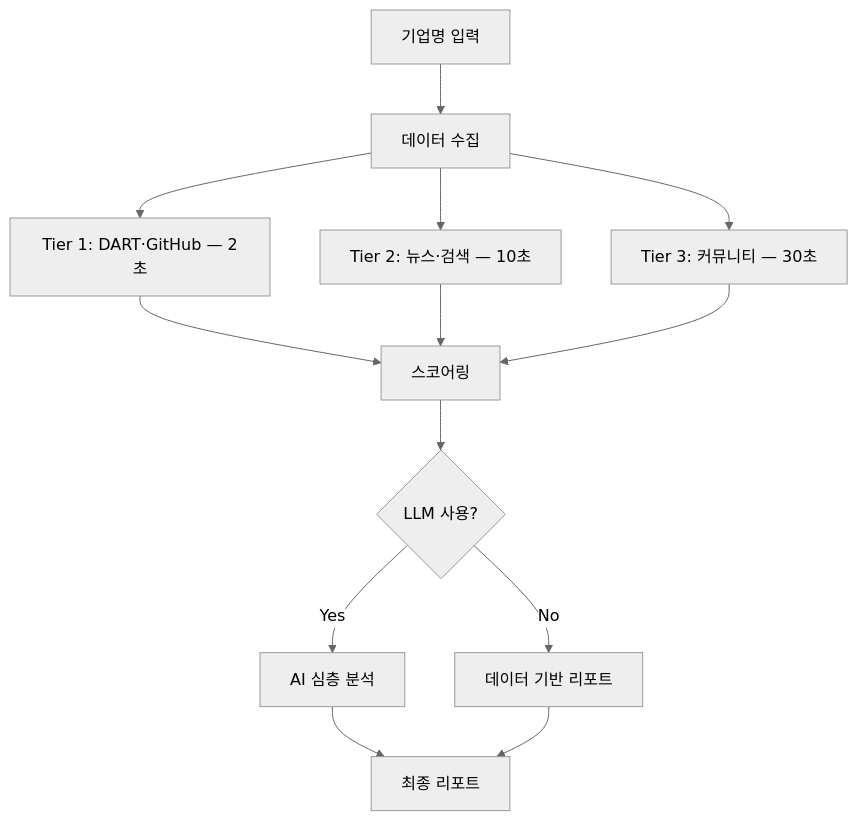
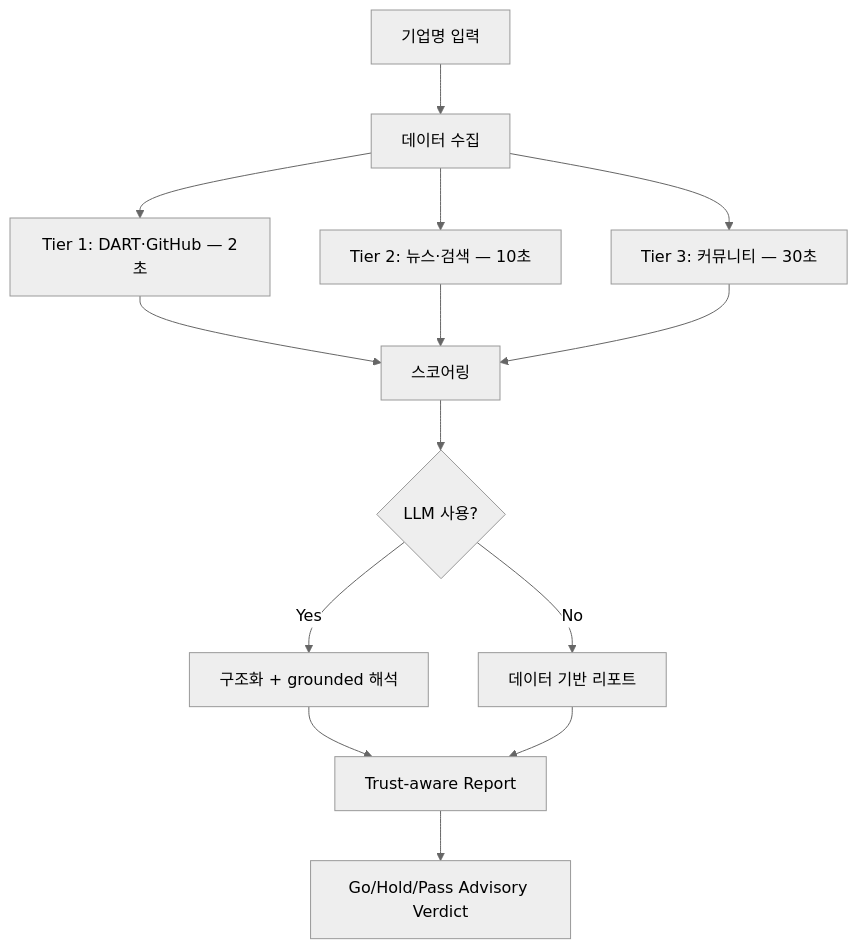
Before and after one commit to zihoshin-dev/hirekit: the second of 2 diagrams in README.md, drawn with Mermaid (neutral theme). The commit also changed other lines of this file and 23 other files, not shown here.

````diff
--- a/README.md
+++ b/README.md
@@ -59,15 +62,16 @@
 ```mermaid
 flowchart TD
     A[기업명 입력] --> B[데이터 수집]
     B --> B1[Tier 1: DART·GitHub — 2초]
     B --> B2[Tier 2: 뉴스·검색 — 10초]
     B --> B3[Tier 3: 커뮤니티 — 30초]
     B1 --> C[스코어링]
     B2 --> C
     B3 --> C
     C --> D{LLM 사용?}
-    D -->|Yes| E[AI 심층 분석]
+    D -->|Yes| E[구조화 + grounded 해석]
     D -->|No| F[데이터 기반 리포트]
-    E --> G[최종 리포트]
+    E --> G[Trust-aware Report]
     F --> G
+    G --> H[Go/Hold/Pass Advisory Verdict]
 ```
````
